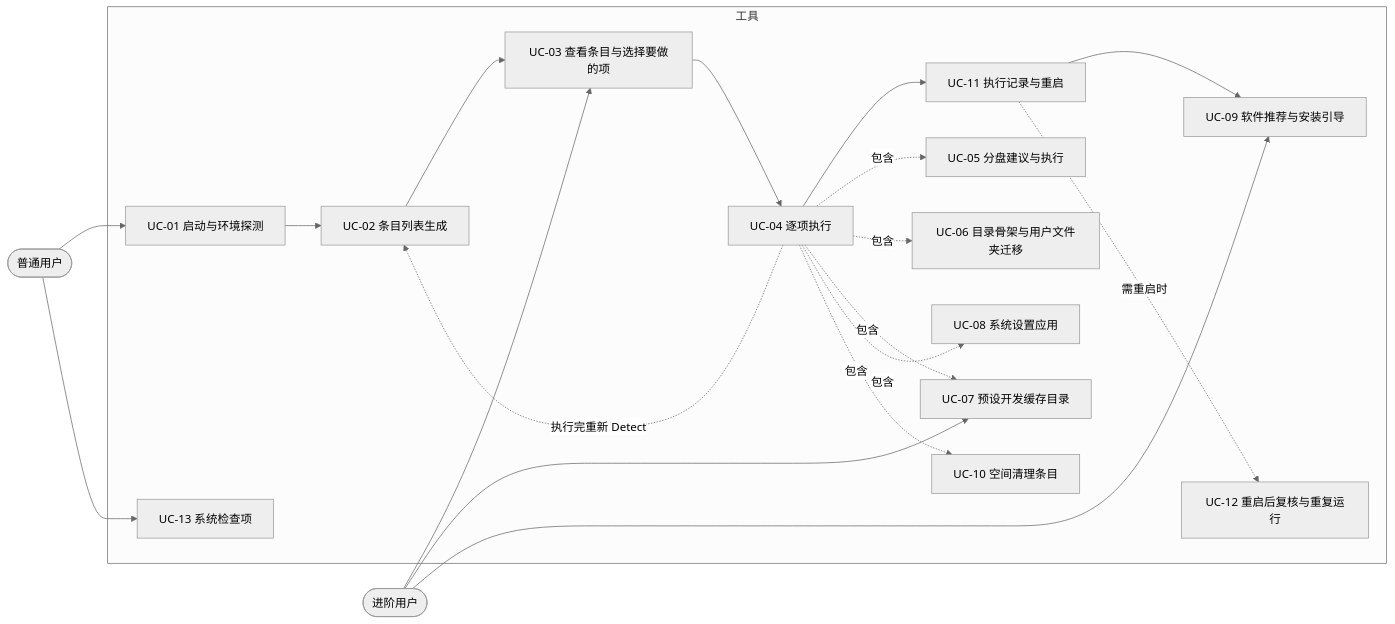
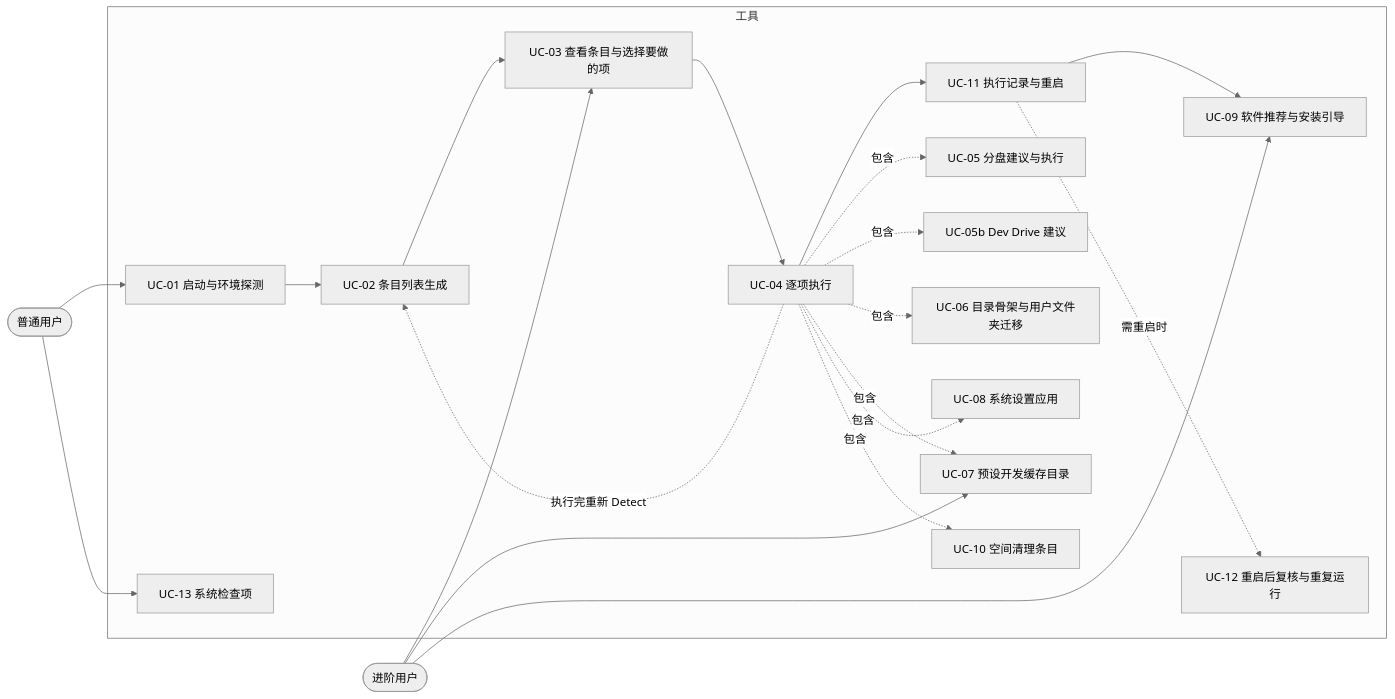
One commit to CookPiu/WinHomestead changed the first of 8 diagrams in docs/02-用例与用户流程.md. Above: the diagram before and after it, drawn with Mermaid (neutral theme). The commit also changed other lines of this file and 17 other files, not shown here.

First line of the commit message:
落地资料汇编四项：Dev Drive 建议、缓存变量修正、26H2 还原点提示、检查项扩到十项

````diff
--- a/docs/02-用例与用户流程.md
+++ b/docs/02-用例与用户流程.md
@@ -24,33 +24,35 @@
 ```mermaid
 flowchart LR
   U([普通用户])
   P([进阶用户])
   subgraph 工具
     UC01[UC-01 启动与环境探测]
     UC02[UC-02 条目列表生成]
     UC03[UC-03 查看条目与选择要做的项]
     UC04[UC-04 逐项执行]
     UC05[UC-05 分盘建议与执行]
+    UC05b[UC-05b Dev Drive 建议]
     UC06[UC-06 目录骨架与用户文件夹迁移]
     UC07[UC-07 预设开发缓存目录]
     UC08[UC-08 系统设置应用]
     UC09[UC-09 软件推荐与安装引导]
     UC10[UC-10 空间清理条目]
     UC11[UC-11 执行记录与重启]
     UC12[UC-12 重启后复核与重复运行]
     UC13[UC-13 系统检查项]
   end
   U --> UC01 --> UC02 --> UC03 --> UC04 --> UC11
   UC04 -.执行完重新 Detect.-> UC02
   UC04 -.包含.-> UC05
+  UC04 -.包含.-> UC05b
   UC04 -.包含.-> UC06
   UC04 -.包含.-> UC07
   UC04 -.包含.-> UC08
   UC04 -.包含.-> UC10
   UC11 --> UC09
   UC11 -.需重启时.-> UC12
   U --> UC13
   P --> UC03
   P --> UC07
   P --> UC09
 ```
````
